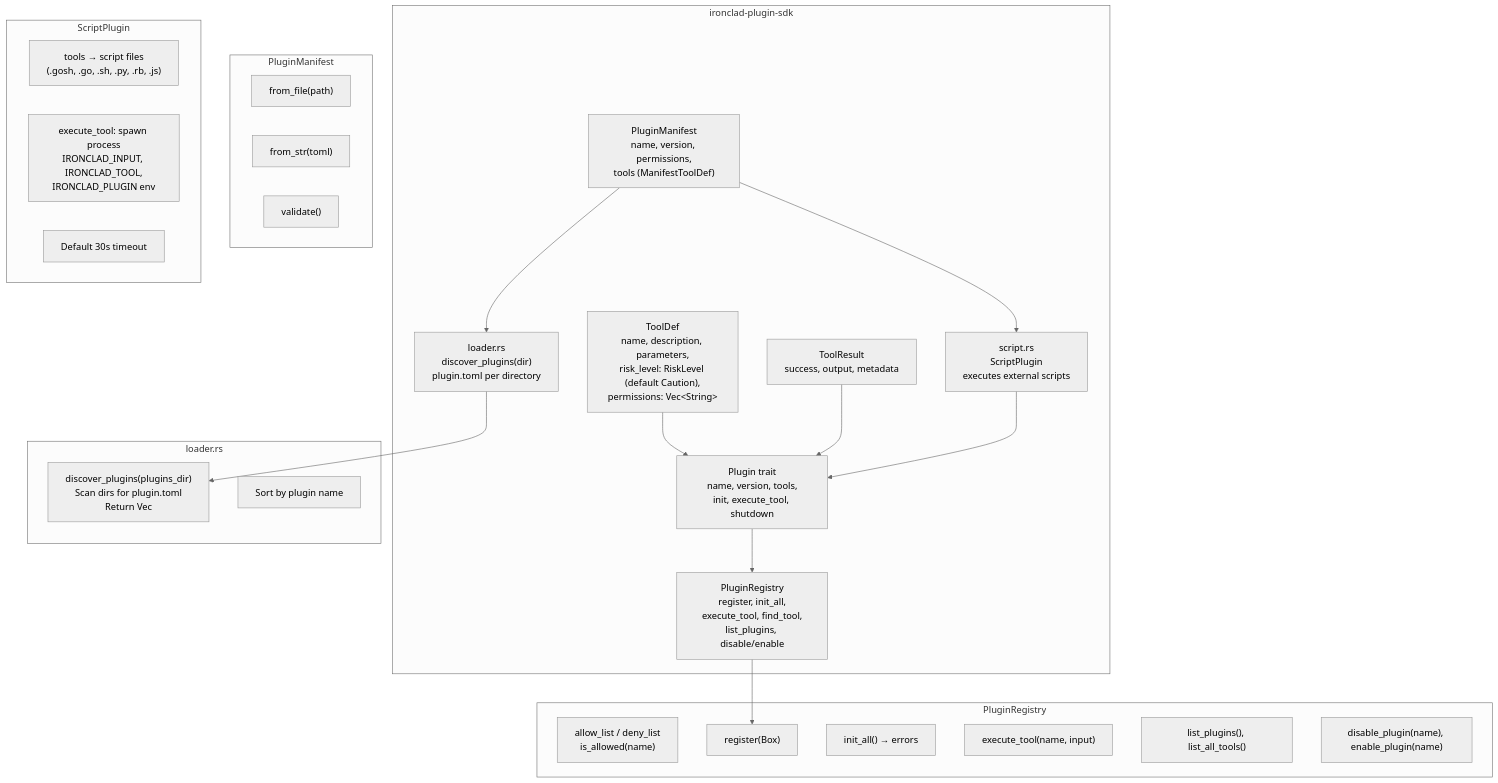
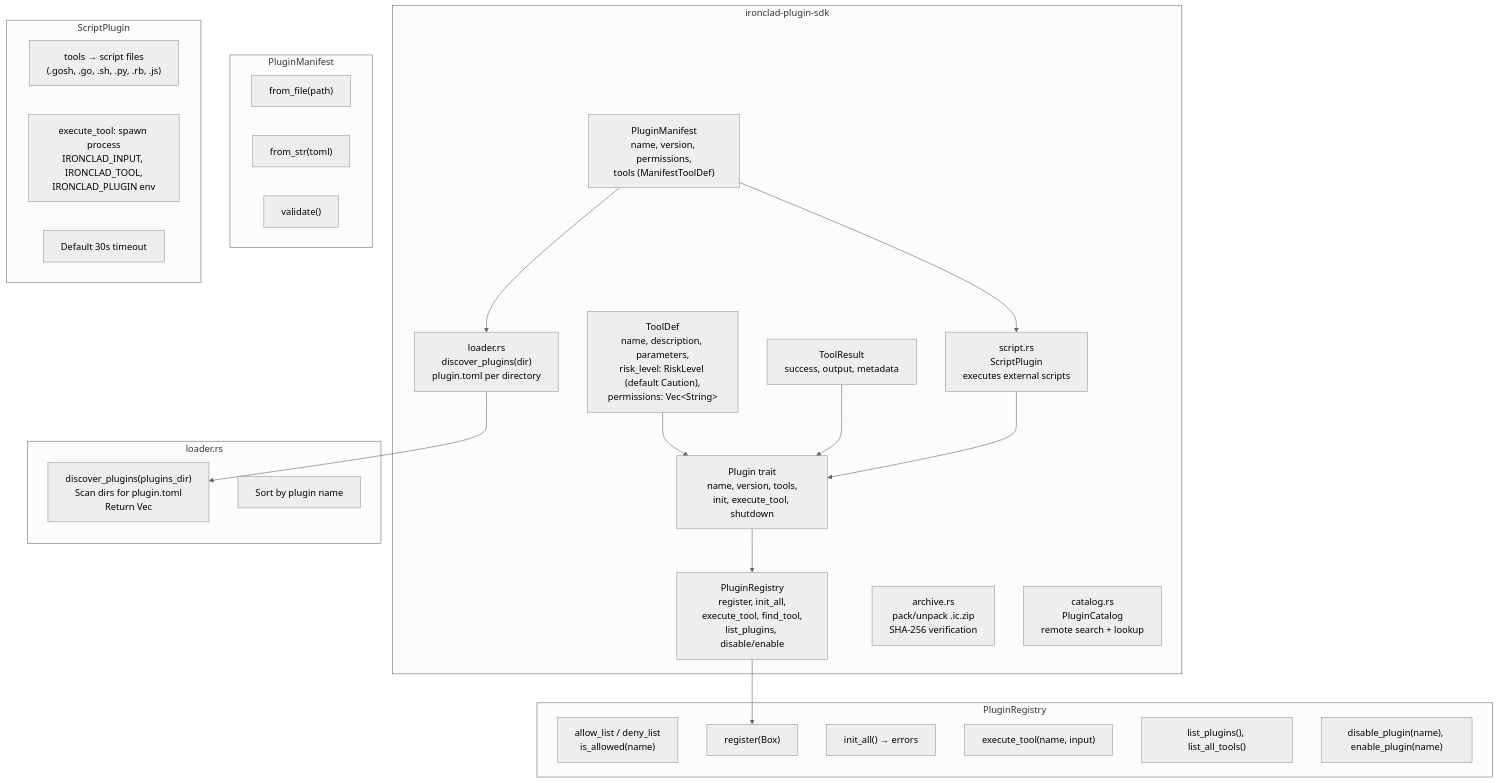
One commit to robot-accomplice/ironclad changed the first of 4 diagrams in docs/architecture/ironclad-c4-plugin-sdk.md. Above: the diagram before and after it, drawn with Mermaid (neutral theme). The commit also changed other lines of this file and 103 other files, not shown here.

````diff
--- a/docs/architecture/ironclad-c4-plugin-sdk.md
+++ b/docs/architecture/ironclad-c4-plugin-sdk.md
@@ -9,47 +9,49 @@
 ```mermaid
 flowchart TB
     subgraph IroncladPluginSdk ["ironclad-plugin-sdk"]
         TRAIT["Plugin trait<br/>name, version, tools,<br/>init, execute_tool, shutdown"]
         TOOL_DEF["ToolDef<br/>name, description, parameters,<br/>risk_level: RiskLevel (default Caution),<br/>permissions: Vec&lt;String&gt;"]
         TOOL_RESULT["ToolResult<br/>success, output, metadata"]
         MANIFEST["PluginManifest<br/>name, version, permissions,<br/>tools (ManifestToolDef)"]
         REGISTRY["PluginRegistry<br/>register, init_all,<br/>execute_tool, find_tool,<br/>list_plugins, disable/enable"]
         LOADER["loader.rs<br/>discover_plugins(dir)<br/>plugin.toml per directory"]
         SCRIPT["script.rs<br/>ScriptPlugin<br/>executes external scripts"]
+        ARCHIVE["archive.rs<br/>pack/unpack .ic.zip<br/>SHA-256 verification"]
+        CATALOG["catalog.rs<br/>PluginCatalog<br/>remote search + lookup"]
     end
 
     subgraph ManifestDetail ["PluginManifest"]
         M_FROM_FILE["from_file(path)"]
         M_FROM_STR["from_str(toml)"]
         M_VALIDATE["validate()"]
     end
 
     subgraph RegistryDetail ["PluginRegistry"]
         R_ALLOW["allow_list / deny_list<br/>is_allowed(name)"]
         R_REG["register(Box<dyn Plugin>)"]
         R_INIT["init_all() → errors"]
         R_EXEC["execute_tool(name, input)"]
         R_LIST["list_plugins(), list_all_tools()"]
         R_TOGGLE["disable_plugin(name), enable_plugin(name)"]
     end
 
     subgraph LoaderDetail ["loader.rs"]
         DISCOVER["discover_plugins(plugins_dir)<br/>Scan dirs for plugin.toml<br/>Return Vec<DiscoveredPlugin>"]
         SORT["Sort by plugin name"]
     end
 
     subgraph ScriptDetail ["ScriptPlugin"]
         SCRIPT_MAP["tools → script files<br/>(.gosh, .go, .sh, .py, .rb, .js)"]
         SCRIPT_RUN["execute_tool: spawn process<br/>IRONCLAD_INPUT, IRONCLAD_TOOL,<br/>IRONCLAD_PLUGIN env"]
         SCRIPT_TIMEOUT["Default 30s timeout"]
     end
 
     TRAIT --> REGISTRY
     MANIFEST --> LOADER
     MANIFEST --> SCRIPT
     TOOL_DEF --> TRAIT
     TOOL_RESULT --> TRAIT
     LOADER --> DISCOVER
     SCRIPT --> TRAIT
     REGISTRY --> R_REG
 ```
````
